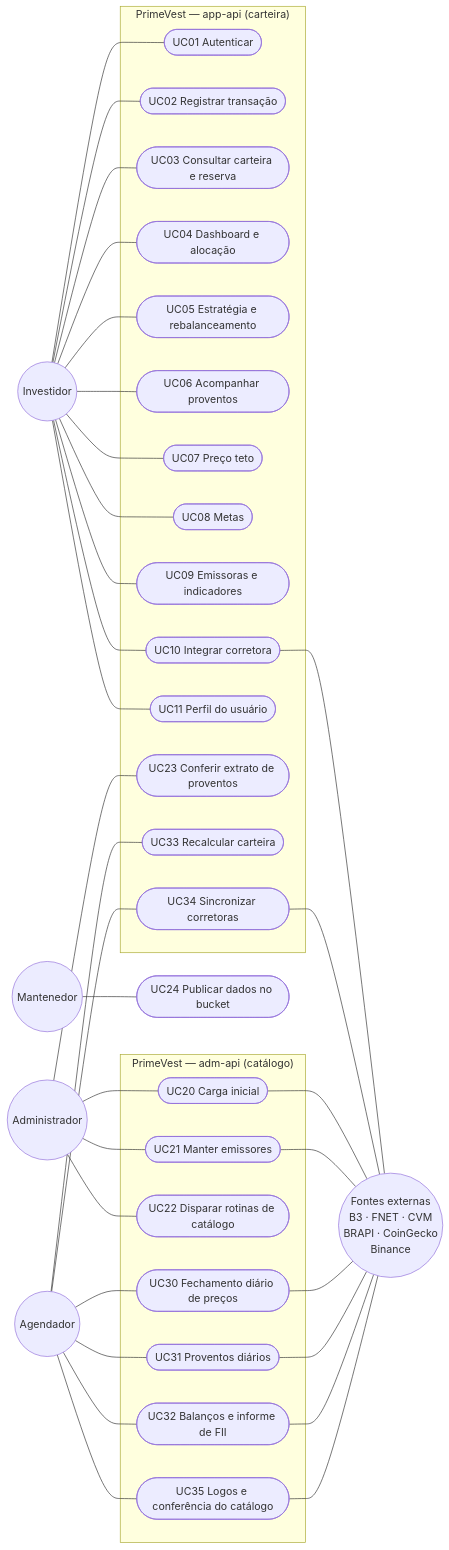
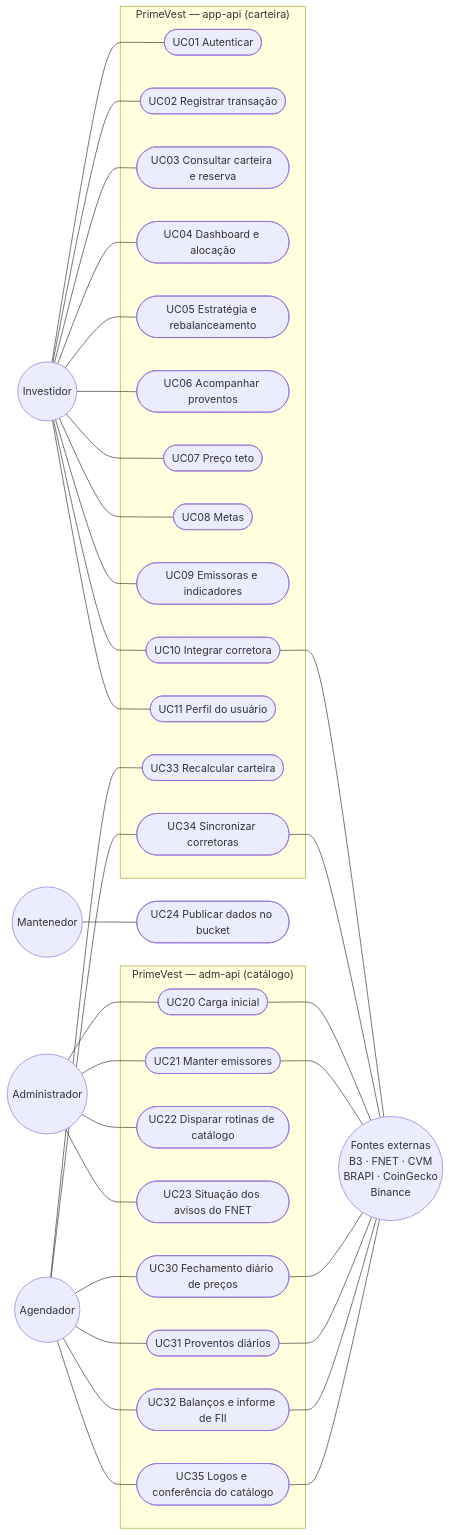
Before and after one commit to guilherme-dealmeida/activest: the first of 8 diagrams in docs/USE_CASES.md, drawn with Mermaid. The commit also changed other lines of this file and 53 other files, not shown here.

````diff
--- a/docs/USE_CASES.md
+++ b/docs/USE_CASES.md
@@ -38,44 +38,44 @@
 ```mermaid
 flowchart LR
     inv(("Investidor"))
     adm(("Administrador"))
     mnt(("Mantenedor"))
     sch(("Agendador"))
     ext(("Fontes externas<br/>B3 · FNET · CVM<br/>BRAPI · CoinGecko<br/>Binance"))
 
     subgraph APP["PrimeVest — app-api (carteira)"]
         uc01(["UC01 Autenticar"])
         uc02(["UC02 Registrar transação"])
         uc03(["UC03 Consultar carteira e reserva"])
         uc04(["UC04 Dashboard e alocação"])
         uc05(["UC05 Estratégia e rebalanceamento"])
         uc06(["UC06 Acompanhar proventos"])
         uc07(["UC07 Preço teto"])
         uc08(["UC08 Metas"])
         uc09(["UC09 Emissoras e indicadores"])
         uc10(["UC10 Integrar corretora"])
         uc11(["UC11 Perfil do usuário"])
-        uc23(["UC23 Conferir extrato de proventos"])
         uc33(["UC33 Recalcular carteira"])
         uc34(["UC34 Sincronizar corretoras"])
     end
 
     subgraph ADM["PrimeVest — adm-api (catálogo)"]
         uc20(["UC20 Carga inicial"])
         uc21(["UC21 Manter emissores"])
         uc22(["UC22 Disparar rotinas de catálogo"])
+        uc23(["UC23 Situação dos avisos do FNET"])
         uc30(["UC30 Fechamento diário de preços"])
         uc31(["UC31 Proventos diários"])
         uc32(["UC32 Balanços e informe de FII"])
         uc35(["UC35 Logos e conferência do catálogo"])
     end
 
     uc24(["UC24 Publicar dados no bucket"])
 
     inv --- uc01 & uc02 & uc03 & uc04 & uc05 & uc06 & uc07 & uc08 & uc09 & uc10 & uc11
     adm --- uc20 & uc21 & uc22 & uc23
     mnt --- uc24
     sch --- uc30 & uc31 & uc32 & uc35 & uc33 & uc34
     uc10 & uc34 --- ext
     uc20 & uc21 & uc30 & uc31 & uc32 & uc35 --- ext
 ```
````
